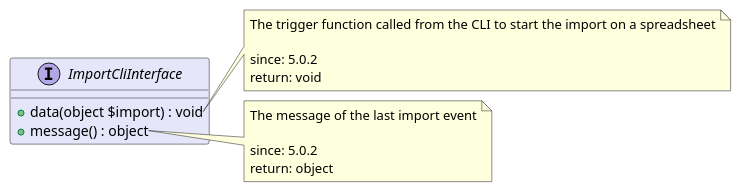
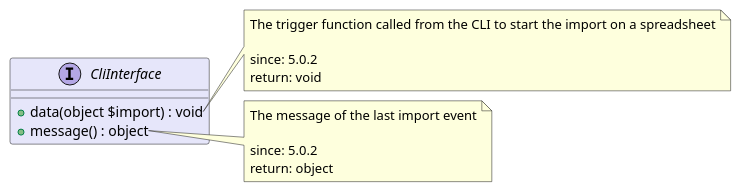
The diagram in src/0f3f7188-3e0d-4d1a-8dee-7f8026cb65a9/README.md (joomengine/super-powers), drawn with PlantUML before and after one commit. The commit also changed other lines of this file and 87 other files, not shown here.

````diff
--- a/src/0f3f7188-3e0d-4d1a-8dee-7f8026cb65a9/README.md
+++ b/src/0f3f7188-3e0d-4d1a-8dee-7f8026cb65a9/README.md
@@ -5,24 +5,24 @@
 ```uml
 @startuml
 
-interface ImportCliInterface  #Lavender {
+interface CliInterface  #Lavender {
   + data(object $import) : void
   + message() : object
 }
 
-note right of ImportCliInterface::data
+note right of CliInterface::data
   The trigger function called from the CLI to start the import on a spreadsheet
 
   since: 5.0.2
   return: void
 end note
 
-note right of ImportCliInterface::message
+note right of CliInterface::message
   The message of the last import event
 
   since: 5.0.2
   return: object
 end note
 
 @enduml
 ```
````
